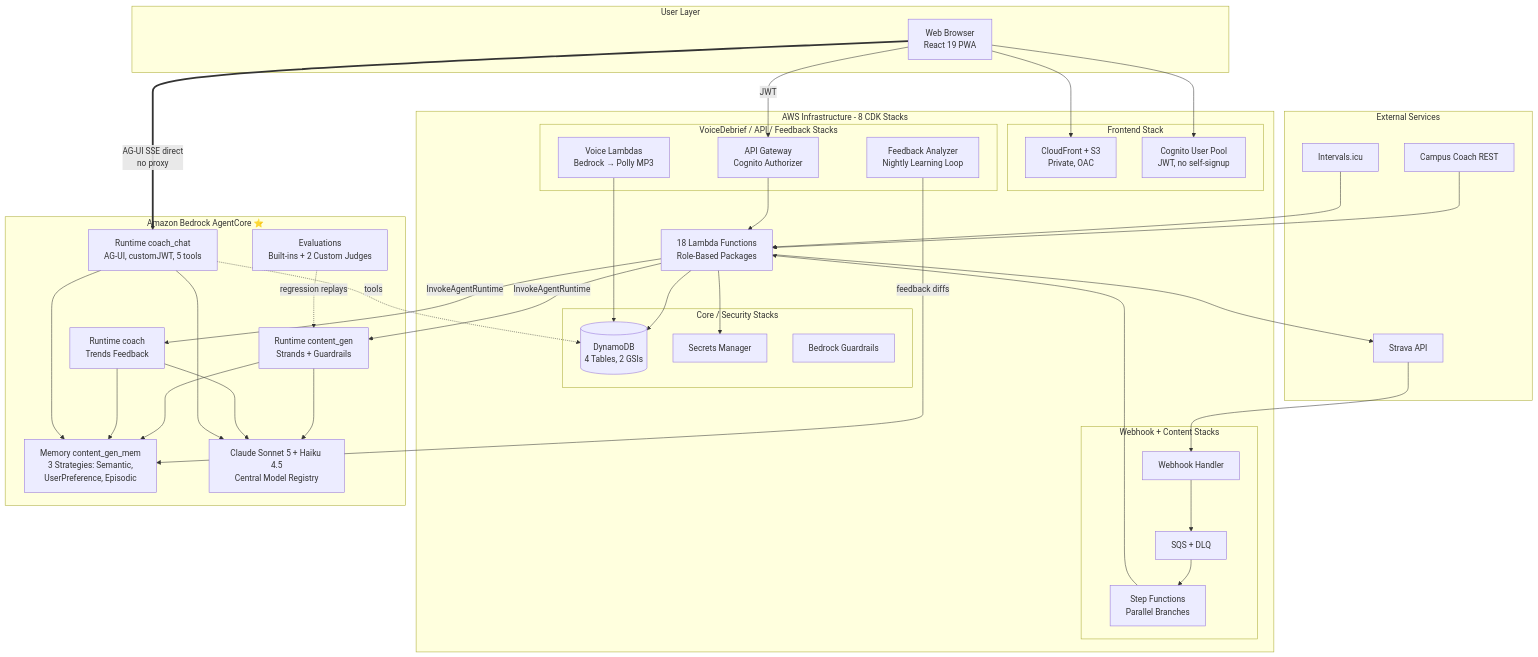
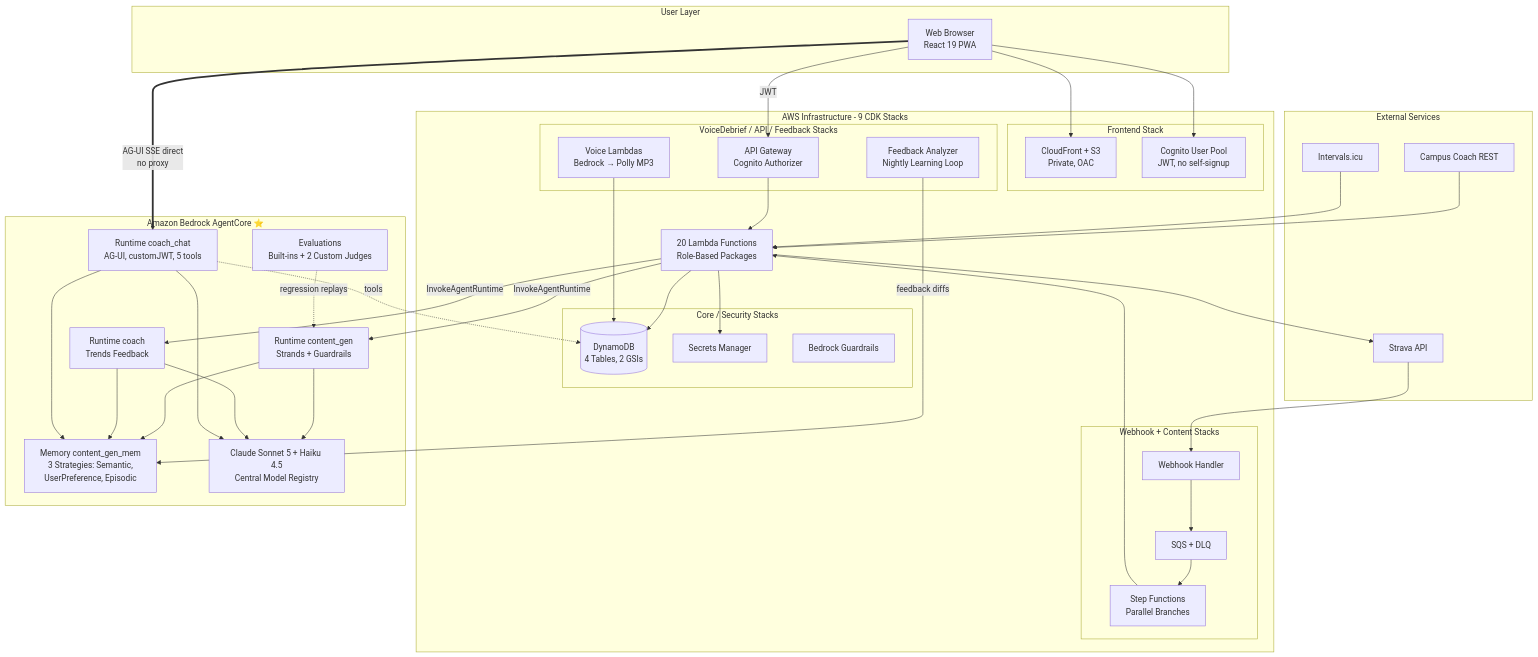
One commit to AdrienLebret/strava-ai-boost changed the first of 2 diagrams in README.md. Above: the diagram before and after it, drawn with Mermaid. The commit also changed other lines of this file and 31 other files, not shown here.

````diff
--- a/README.md
+++ b/README.md
@@ -283,76 +319,76 @@
 ```mermaid
 graph TB
     subgraph "User Layer"
         Browser[Web Browser<br/>React 19 PWA]
     end
 
-    subgraph "AWS Infrastructure - 8 CDK Stacks"
+    subgraph "AWS Infrastructure - 9 CDK Stacks"
         subgraph "Frontend Stack"
             CF[CloudFront + S3<br/>Private, OAC]
             Cognito[Cognito User Pool<br/>JWT, no self-signup]
         end
 
         subgraph "Core / Security Stacks"
             DDB[(DynamoDB<br/>4 Tables, 2 GSIs)]
             Secrets[Secrets Manager]
             Guardrails[Bedrock Guardrails]
         end
 
         subgraph "Webhook + Content Stacks"
             WebhookAPI[Webhook Handler]
             SQS[SQS + DLQ]
             SF[Step Functions<br/>Parallel Branches]
         end
 
         subgraph "VoiceDebrief / API / Feedback Stacks"
             Voice[Voice Lambdas<br/>Bedrock → Polly MP3]
             APIGW[API Gateway<br/>Cognito Authorizer]
             FB[Feedback Analyzer<br/>Nightly Learning Loop]
         end
 
-        Lambdas[18 Lambda Functions<br/>Role-Based Packages]
+        Lambdas[20 Lambda Functions<br/>Role-Based Packages]
     end
 
     subgraph "Amazon Bedrock AgentCore ⭐"
         RTContent[Runtime content_gen<br/>Strands + Guardrails]
         RTCoach[Runtime coach<br/>Trends Feedback]
         RTChat[Runtime coach_chat<br/>AG-UI, customJWT, 5 tools]
         Memory[Memory content_gen_mem<br/>3 Strategies: Semantic,<br/>UserPreference, Episodic]
         Evals[Evaluations<br/>Built-ins + 2 Custom Judges]
         Bedrock[Claude Sonnet 5 + Haiku 4.5<br/>Central Model Registry]
     end
 
     subgraph "External Services"
         Strava[Strava API]
         Campus[Campus Coach REST]
         ICU[Intervals.icu]
     end
 
     Browser --> CF
     Browser --> Cognito
     Browser -->|JWT| APIGW
     Browser ==>|AG-UI SSE direct<br/>no proxy| RTChat
     APIGW --> Lambdas
     Lambdas --> DDB
     Lambdas --> Secrets
 
     Strava --> WebhookAPI
     WebhookAPI --> SQS
     SQS --> SF
     SF --> Lambdas
     Lambdas -->|InvokeAgentRuntime| RTContent
     Lambdas -->|InvokeAgentRuntime| RTCoach
     RTContent --> Memory
     RTCoach --> Memory
     RTChat --> Memory
     RTChat -.->|tools| DDB
     RTContent --> Bedrock
     RTCoach --> Bedrock
     RTChat --> Bedrock
     Evals -.->|regression replays| RTContent
     FB -->|feedback diffs| Memory
     Lambdas --> Strava
     Campus --> Lambdas
     ICU --> Lambdas
     Voice --> DDB
 ```
````
